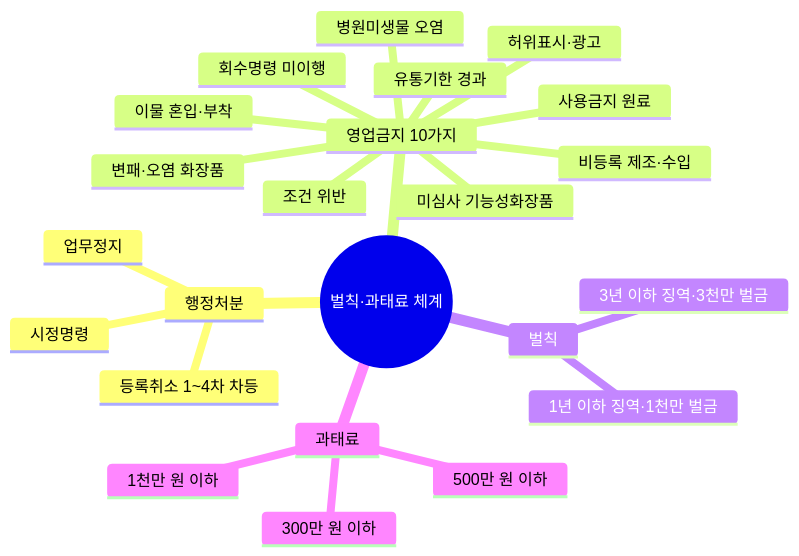
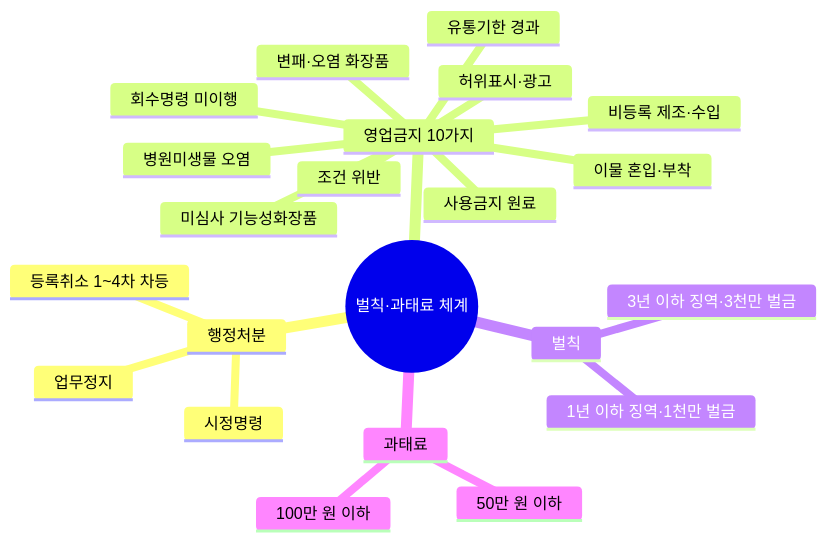
Before and after one commit to skygoldlee-cyber/Personalized_Skincare: the eighth of 10 diagrams in content/교재/law/1과목_화장품법의이해_이야기형.md, drawn with Mermaid. The commit also changed other lines of this file and 11 other files, not shown here.

````diff
--- a/content/교재/law/1과목_화장품법의이해_이야기형.md
+++ b/content/교재/law/1과목_화장품법의이해_이야기형.md
@@ -1026,26 +1026,25 @@
 ```mermaid
 mindmap
  root((벌칙·과태료 체계))
   행정처분
    등록취소 1~4차 차등
    업무정지
    시정명령
   영업금지 10가지
    미심사 기능성화장품
    변패·오염 화장품
    병원미생물 오염
    이물 혼입·부착
    사용금지 원료
    유통기한 경과
    허위표시·광고
    비등록 제조·수입
    회수명령 미이행
    조건 위반
   벌칙
    3년 이하 징역·3천만 벌금
    1년 이하 징역·1천만 벌금
   과태료
-   1천만 원 이하
-   500만 원 이하
-   300만 원 이하
+   100만 원 이하
+   50만 원 이하
 ```
````
